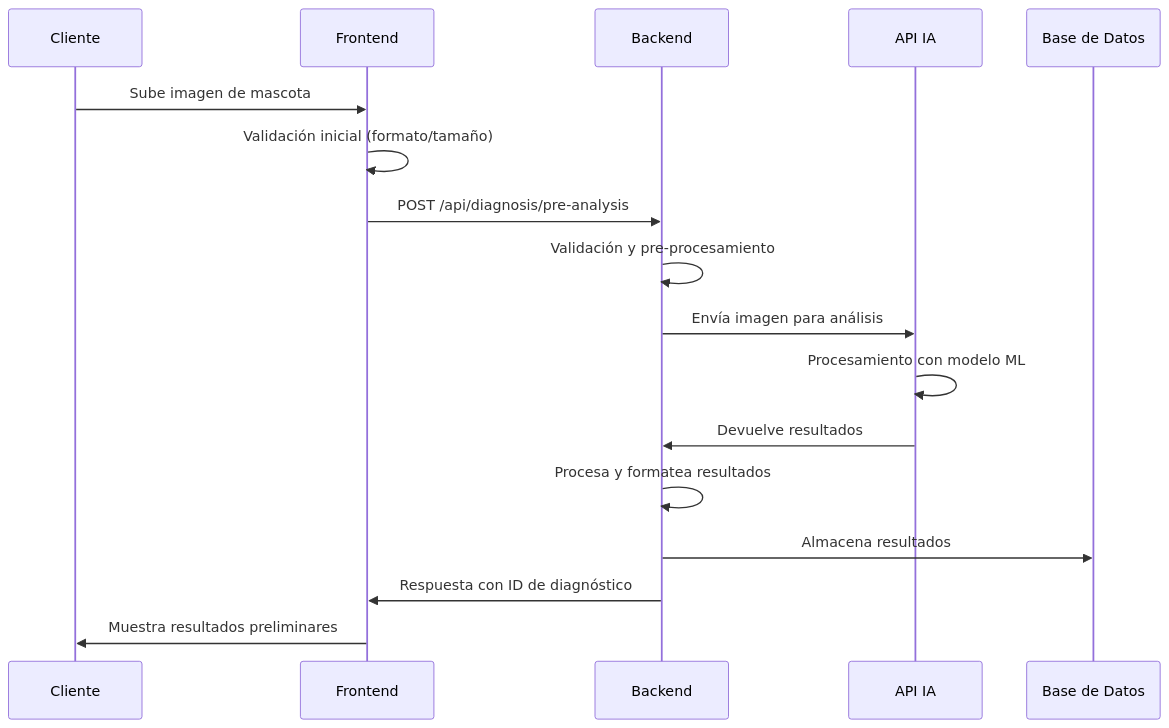
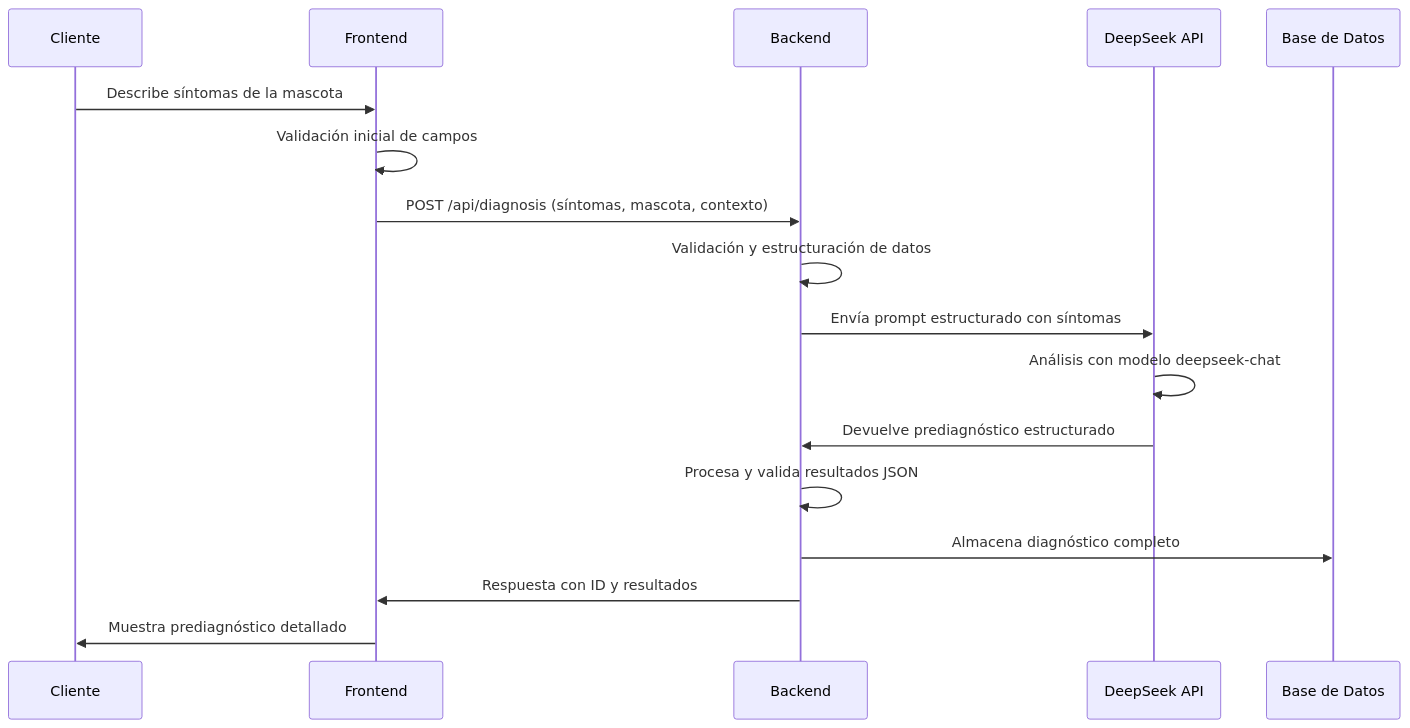
One commit to SimonRG04/AI4Devs-finalproject-SRG changed the second of 4 diagrams in readme.md. Above: the diagram before and after it, drawn with Mermaid. The commit also changed other lines of this file and 1 other file, not shown here.

````diff
--- a/readme.md
+++ b/readme.md
@@ -276,20 +277,20 @@
 ```mermaid
 sequenceDiagram
     participant C as Cliente
     participant F as Frontend
     participant B as Backend
-    participant IA as API IA
+    participant DS as DeepSeek API
     participant DB as Base de Datos
     
-    C->>F: Sube imagen de mascota
-    F->>F: Validación inicial (formato/tamaño)
-    F->>B: POST /api/diagnosis/pre-analysis
-    B->>B: Validación y pre-procesamiento
-    B->>IA: Envía imagen para análisis
-    IA->>IA: Procesamiento con modelo ML
-    IA->>B: Devuelve resultados
-    B->>B: Procesa y formatea resultados
-    B->>DB: Almacena resultados
-    B->>F: Respuesta con ID de diagnóstico
-    F->>C: Muestra resultados preliminares
+    C->>F: Describe síntomas de la mascota
+    F->>F: Validación inicial de campos
+    F->>B: POST /api/diagnosis (síntomas, mascota, contexto)
+    B->>B: Validación y estructuración de datos
+    B->>DS: Envía prompt estructurado con síntomas
+    DS->>DS: Análisis con modelo deepseek-chat
+    DS->>B: Devuelve prediagnóstico estructurado
+    B->>B: Procesa y valida resultados JSON
+    B->>DB: Almacena diagnóstico completo
+    B->>F: Respuesta con ID y resultados
+    F->>C: Muestra prediagnóstico detallado
 ```
````
